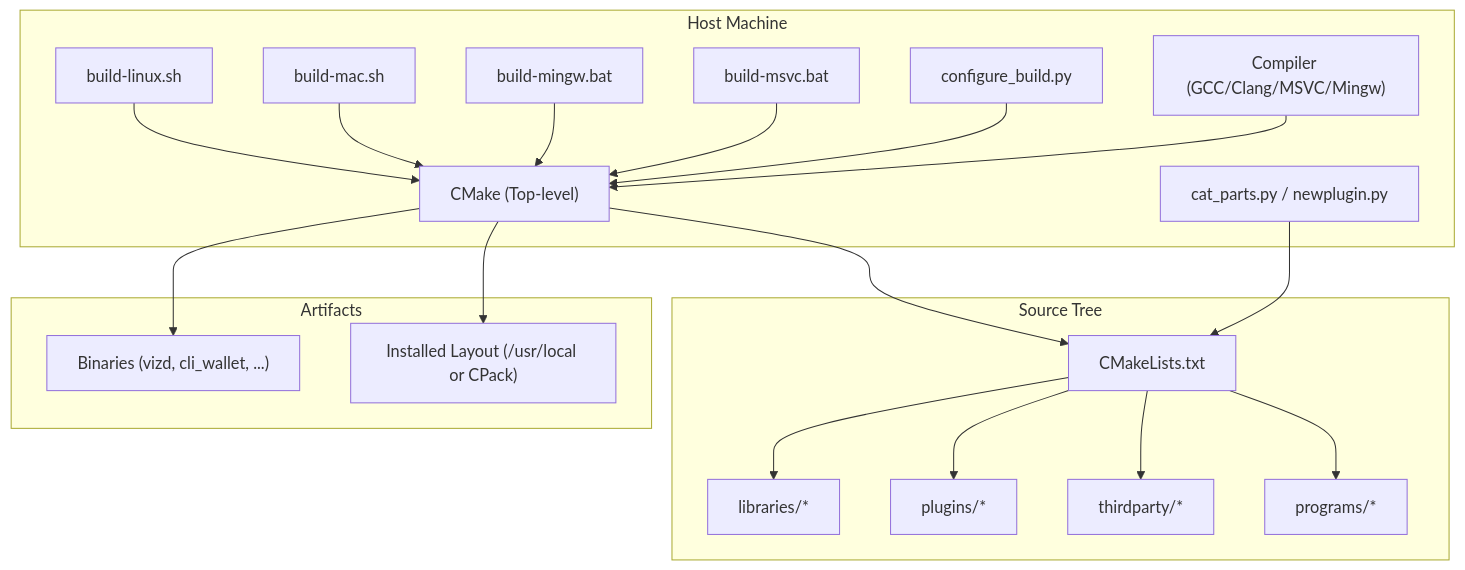
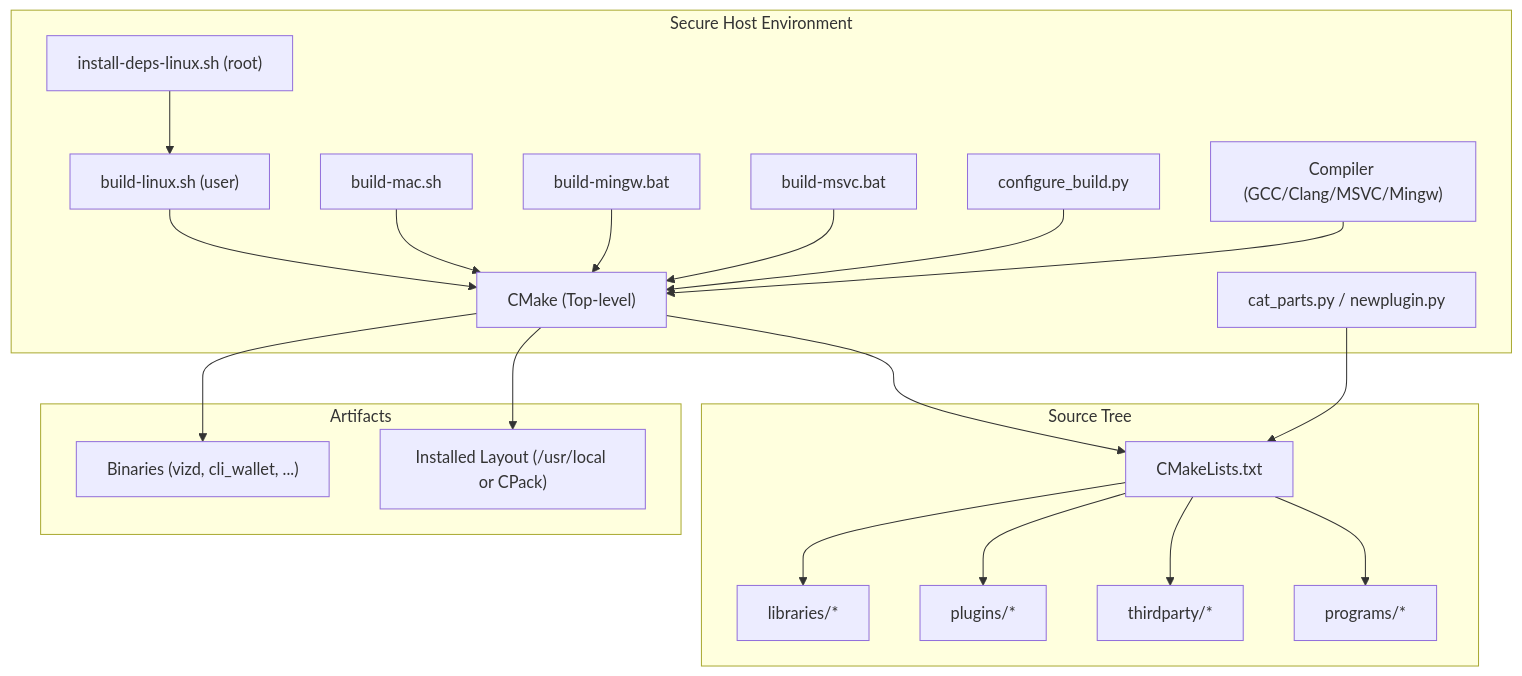
The second of 7 diagrams in .qoder/repowiki/en/content/Development Tools/Build System/Build System.md (VIZ-Blockchain/viz-cpp-node), drawn with Mermaid before and after one commit. The commit also changed other lines of this file and 6 other files, not shown here.

````diff
--- a/.qoder/repowiki/en/content/Development Tools/Build System/Build System.md
+++ b/.qoder/repowiki/en/content/Development Tools/Build System/Build System.md
@@ -129,38 +139,40 @@
 ```mermaid
 graph TB
-subgraph "Host Machine"
-LinuxScript["build-linux.sh"]
+subgraph "Secure Host Environment"
+DepsScript["install-deps-linux.sh (root)"]
+BuildScript["build-linux.sh (user)"]
 MacScript["build-mac.sh"]
 MinGWScript["build-mingw.bat"]
 MSVCScript["build-msvc.bat"]
 CFG["configure_build.py"]
 CC["Compiler (GCC/Clang/MSVC/Mingw)"]
 CMake["CMake (Top-level)"]
 Helpers["cat_parts.py / newplugin.py"]
 end
 subgraph "Source Tree"
 Root["CMakeLists.txt"]
 Libs["libraries/*"]
 Plugins["plugins/*"]
 Third["thirdparty/*"]
 Progs["programs/*"]
 end
 subgraph "Artifacts"
 Bin["Binaries (vizd, cli_wallet, ...)"]
 Inst["Installed Layout (/usr/local or CPack)"]
 end
-LinuxScript --> CMake
+DepsScript --> BuildScript
+BuildScript --> CMake
 MacScript --> CMake
 MinGWScript --> CMake
 MSVCScript --> CMake
 CFG --> CMake
 CMake --> Root
 Root --> Libs
 Root --> Plugins
 Root --> Third
 Root --> Progs
 CC --> CMake
 CMake --> Bin
 Helpers --> Root
 CMake --> Inst
 ```
````
